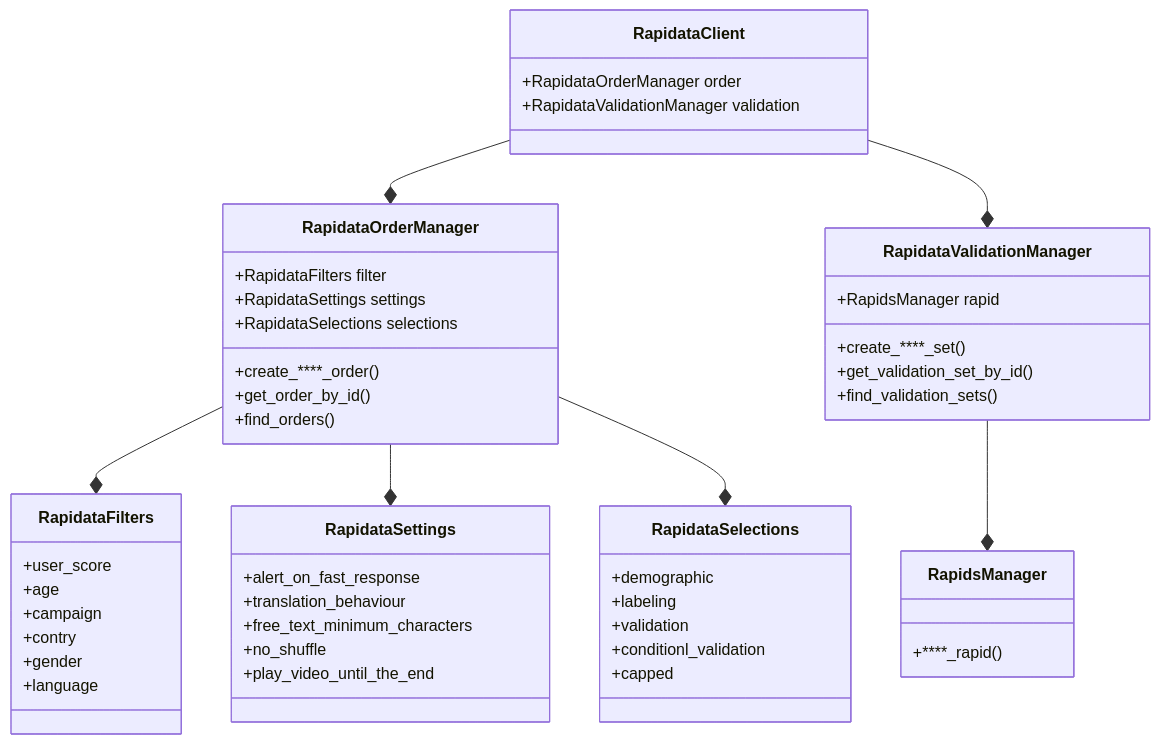
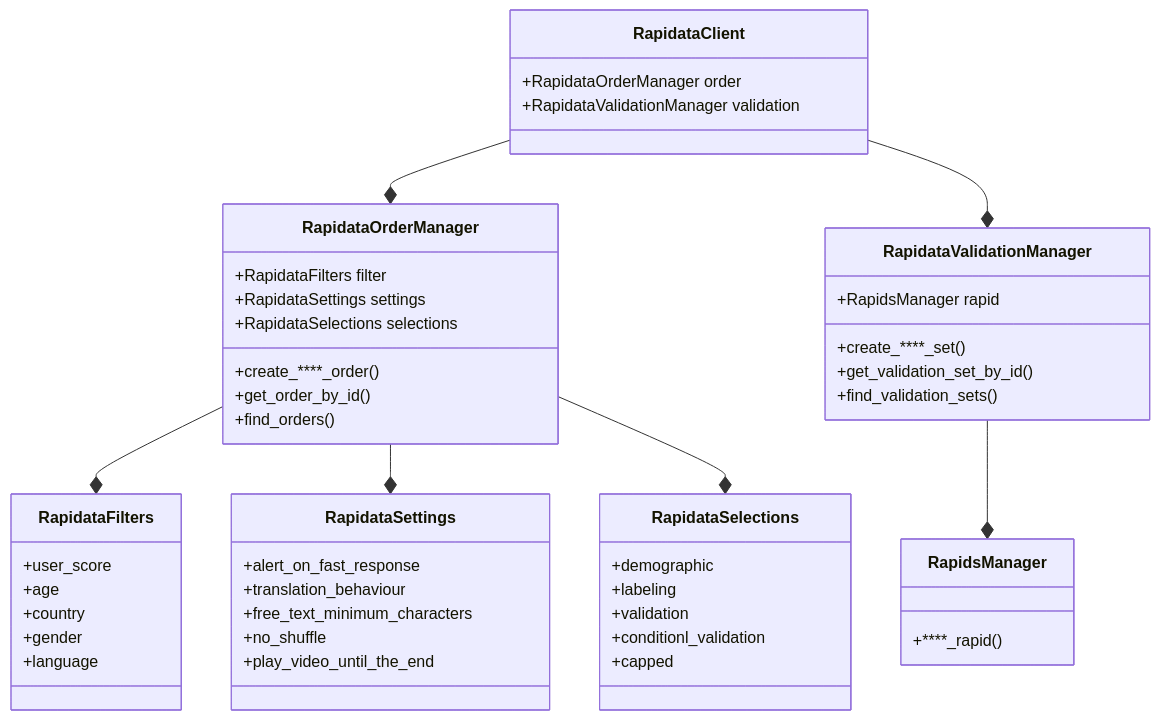
Before and after one commit to RapidataAI/rapidata-python-sdk: the diagram in docs/api.md, drawn with Mermaid. The commit also changed 9 other files, not shown here.

````diff
--- a/docs/api.md
+++ b/docs/api.md
@@ -2,68 +2,67 @@
 ```mermaid
 classDiagram
     class RapidataClient {
         +RapidataOrderManager order
         +RapidataValidationManager validation
     }
     
     class RapidataOrderManager {
         +RapidataFilters filter
         +RapidataSettings settings
         +RapidataSelections selections
         +create_****_order()
         +get_order_by_id()
         +find_orders()
     }
     
     class RapidataValidationManager {
         +RapidsManager rapid
         +create_****_set()
         +get_validation_set_by_id()
         +find_validation_sets()
     }
     
     class RapidataFilters {
         +user_score
         +age
-        +campaign
-        +contry
+        +country
         +gender
         +language
     }
     
     class RapidataSettings {
         +alert_on_fast_response
         +translation_behaviour
         +free_text_minimum_characters
         +no_shuffle
         +play_video_until_the_end
     }
     
     class RapidataSelections {
         +demographic
         +labeling
         +validation
         +conditionl_validation
         +capped
     }
     
     class RapidsManager {
         +****_rapid()
     }
 
     RapidataClient --* RapidataOrderManager
     RapidataClient --* RapidataValidationManager
     RapidataOrderManager --* RapidataFilters
     RapidataOrderManager --* RapidataSettings
     RapidataOrderManager --* RapidataSelections
     RapidataValidationManager --* RapidsManager
 
     link RapidataClient "../reference/rapidata/rapidata_client/rapidata_client/" ""
     link RapidataOrderManager "../reference/rapidata/rapidata_client/order/rapidata_order_manager/" ""
     link RapidataValidationManager "../reference/rapidata/rapidata_client/validation/validation_set_manager/" ""
     link RapidataFilters "../reference/rapidata/rapidata_client/filter/rapidata_filters/" ""
     link RapidataSettings "../reference/rapidata/rapidata_client/settings/rapidata_settings/" ""
     link RapidataSelections "../reference/rapidata/rapidata_client/selection/rapidata_selections/" ""
     link RapidsManager "../reference/rapidata/rapidata_client/validation/rapids/rapids_manager/" ""
 
 ```
````
